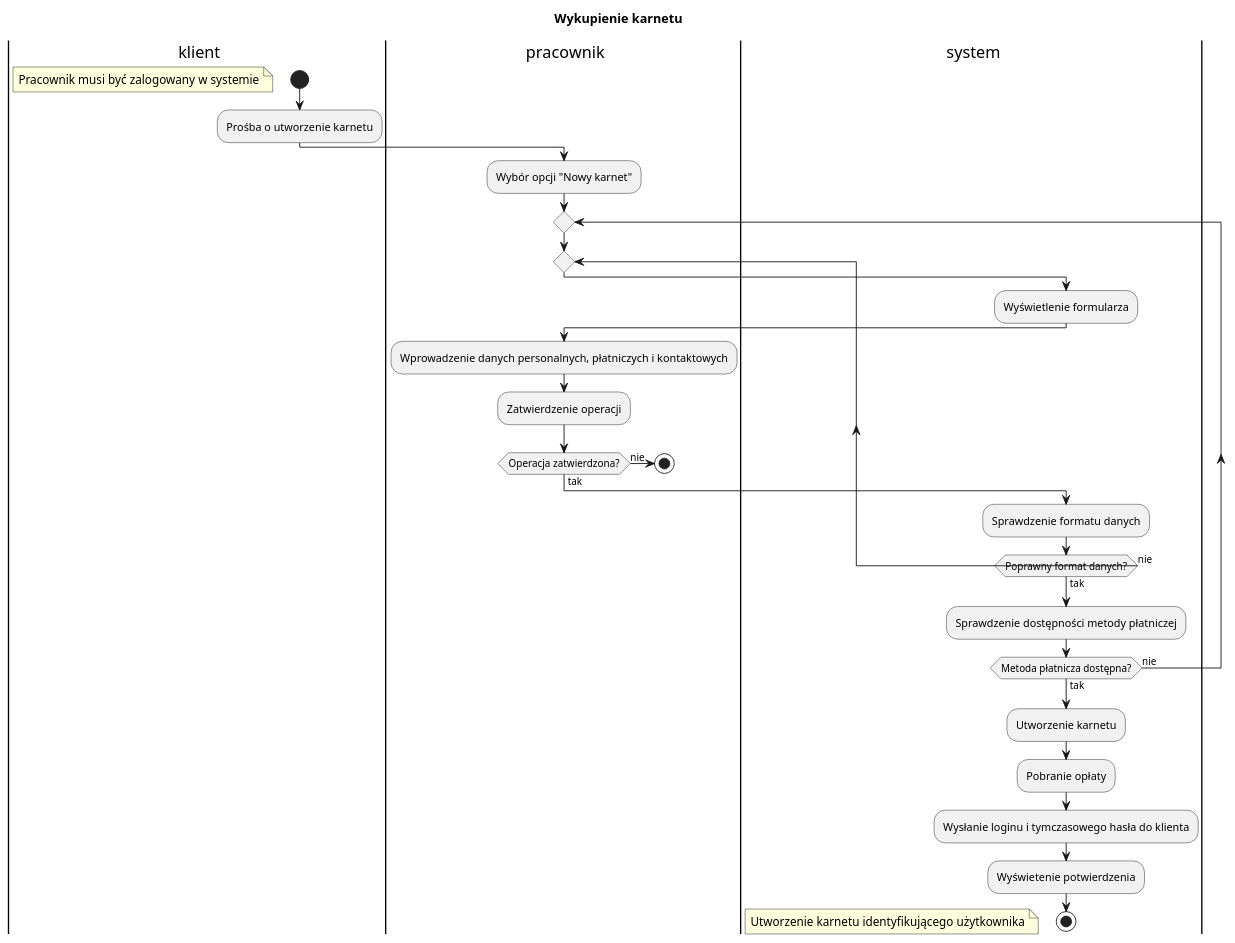
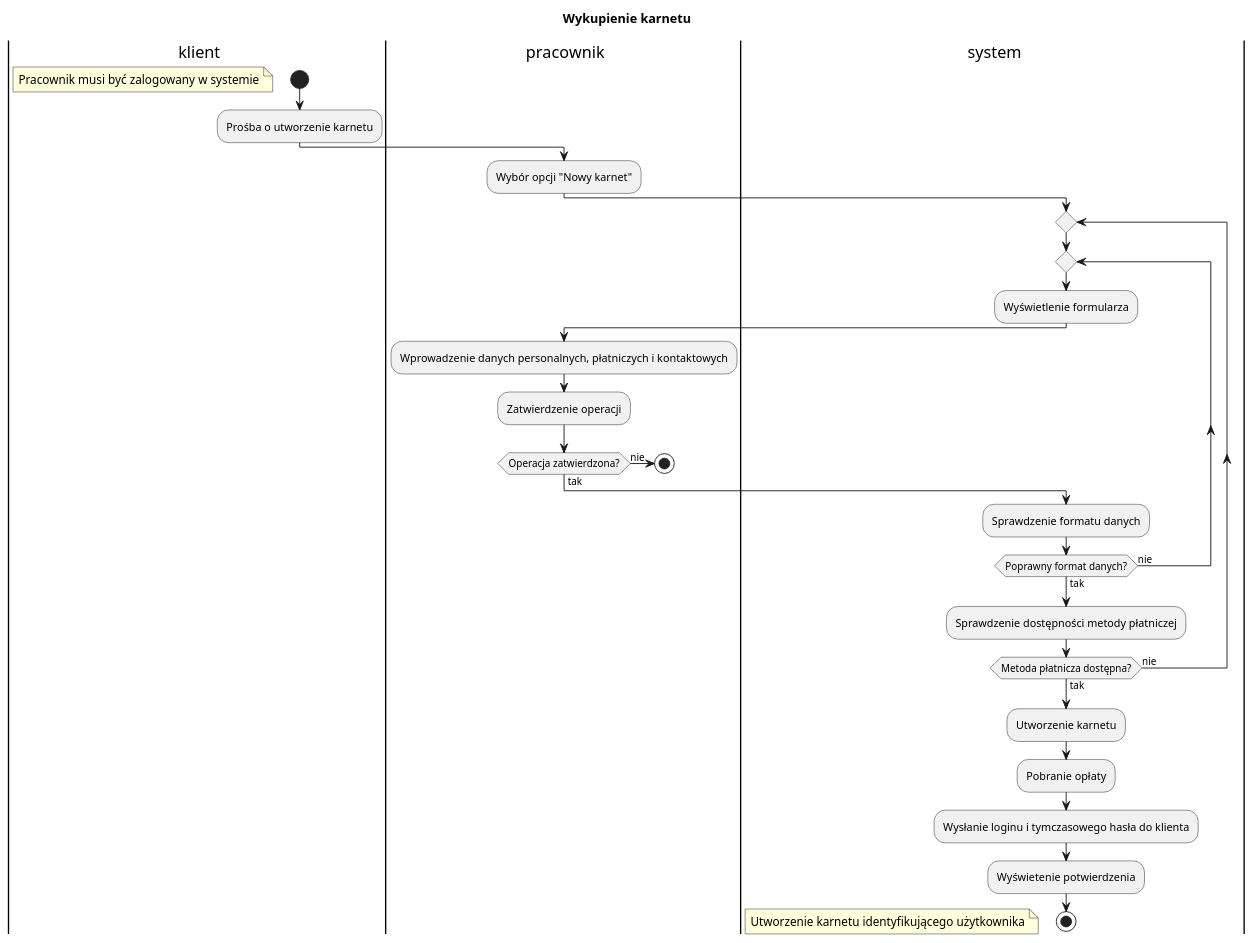
Before and after one commit to filip-stepien/software-engineering-lab: the diagram in src/activity_diagrams/filip/wykupienie_karnetu.puml, drawn with PlantUML. The commit also changed 12 other files, not shown here.

Commit message:
add activity diagrams to html & fix html structure

```diff
--- a/src/activity_diagrams/filip/wykupienie_karnetu.puml
+++ b/src/activity_diagrams/filip/wykupienie_karnetu.puml
@@ -1,44 +1,42 @@
 @startuml "Wykupienie karnetu"
 title "Wykupienie karnetu"
 
 |k| klient
 |p| pracownik
 |s| system
 
 |k|
 start
 floating note left: Pracownik musi być zalogowany w systemie
 :Prośba o utworzenie karnetu;
 
 |p|
 :Wybór opcji "Nowy karnet";
 
+|s|
 repeat
 repeat
-
-|s|
 :Wyświetlenie formularza;
 
 |p|
 :Wprowadzenie danych personalnych, płatniczych i kontaktowych;
 :Zatwierdzenie operacji;
 
 if (Operacja zatwierdzona?) then (tak)
 else (nie)
 stop
 endif
 
 |s|
 :Sprawdzenie formatu danych;
 repeat while (Poprawny format danych?) is (nie) not (tak)
 :Sprawdzenie dostępności metody płatniczej;
 repeat while (Metoda płatnicza dostępna?) is (nie) not (tak)
 :Utworzenie karnetu;
 :Pobranie opłaty;
 :Wysłanie loginu i tymczasowego hasła do klienta;
 :Wyświetenie potwierdzenia;
 
 stop
 floating note left: Utworzenie karnetu identyfikującego użytkownika
-
 @enduml
```
